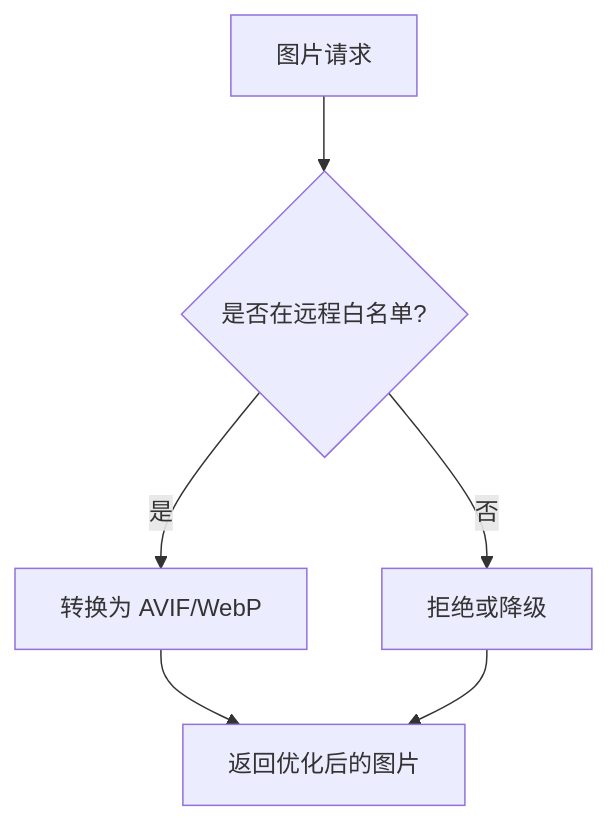
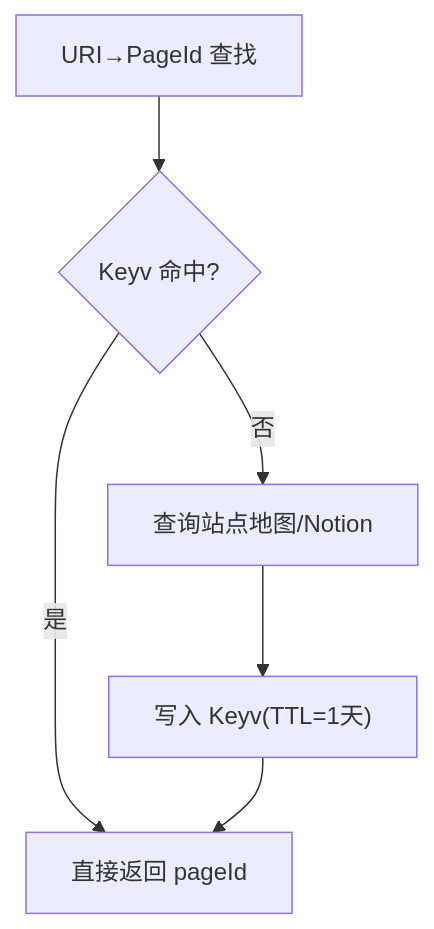
Before and after one commit to PhysicalMouse/nextjs-notion-starter-kit: the fifth of 9 diagrams in .qoder/repowiki/zh/content/性能优化/性能优化.md, drawn with Mermaid. The commit also changed other lines of this file and 186 other files, not shown here.

````diff
--- a/.qoder/repowiki/zh/content/性能优化/性能优化.md
+++ b/.qoder/repowiki/zh/content/性能优化/性能优化.md
@@ -240,8 +209,8 @@
 ```mermaid
 flowchart TD
-ImgReq["图片请求"] --> RemoteCheck{"是否在远程白名单?"}
-RemoteCheck --> |是| Transform["转换为 AVIF/WebP"]
-RemoteCheck --> |否| Block["拒绝或降级"]
-Transform --> Serve["返回优化后的图片"]
-Block --> Serve
+A["URI→PageId 查找"] --> B{"Keyv 命中?"}
+B --> |是| C["直接返回 pageId"]
+B --> |否| D["查询站点地图/Notion"]
+D --> E["写入 Keyv(TTL=1天)"]
+E --> C
 ```
````
